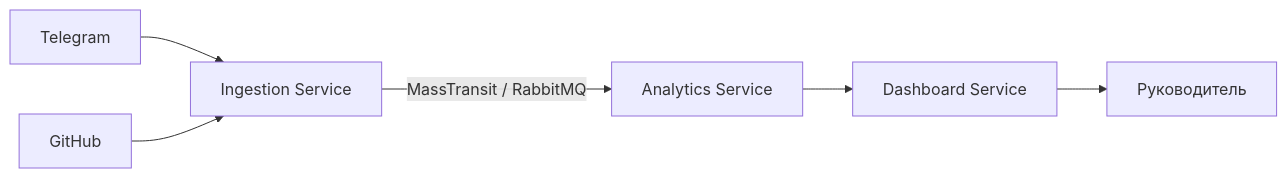
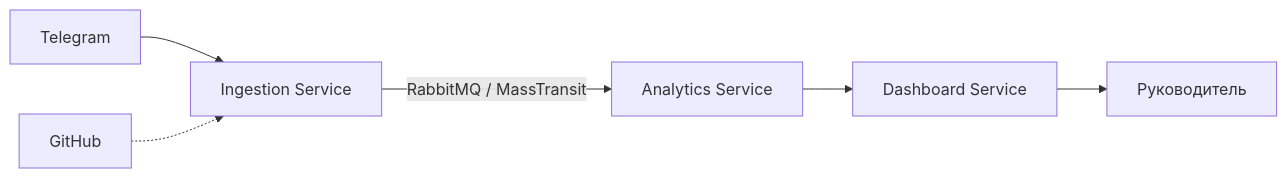
The diagram in README.md (Range18/TeamMemory), drawn with Mermaid before and after one commit. The commit also changed other lines of this file and 5 other files, not shown here.

````diff
--- a/README.md
+++ b/README.md
@@ -23,8 +12,8 @@
 ```mermaid
 flowchart LR
     T[Telegram] --> I[Ingestion Service]
-    G[GitHub] --> I
-    I -->|MassTransit / RabbitMQ| A[Analytics Service]
+    G[GitHub] -.-> I
+    I -->|RabbitMQ / MassTransit| A[Analytics Service]
     A --> D[Dashboard Service]
     D --> U[Руководитель]
 ```
````
